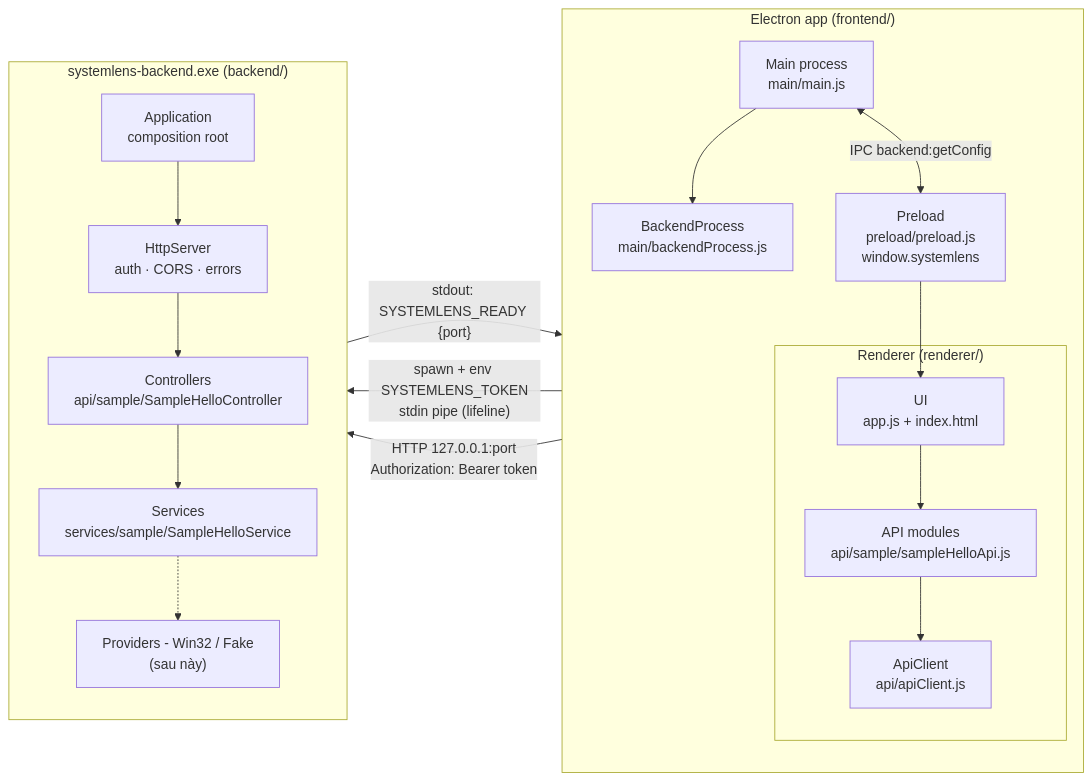
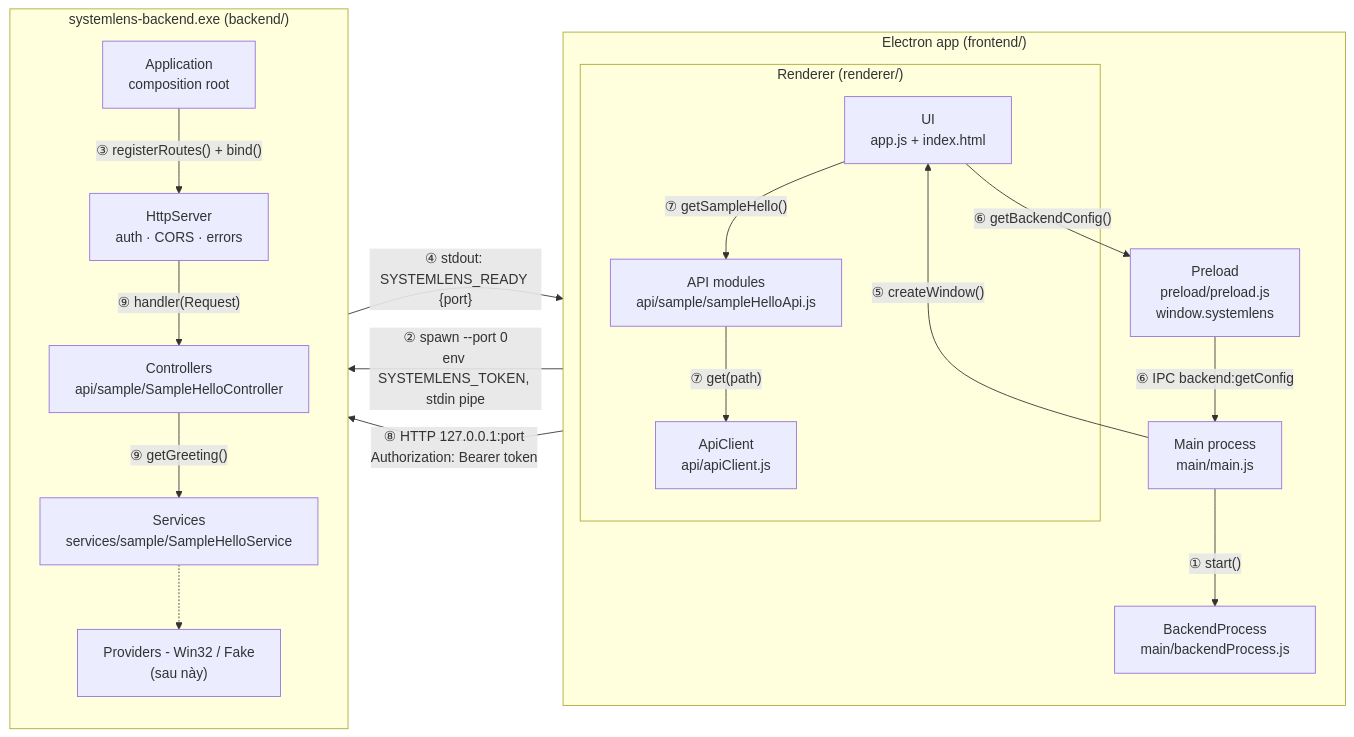
The first of 4 diagrams in docs/high-level-design.md (hoanglong1412/SystemLens), drawn with Mermaid before and after one commit. The commit also changed other lines of this file and 13 other files, not shown here.

First line of the commit message:
Add master spec, LLDs and API reference; refine HLD diagrams

````diff
--- a/docs/high-level-design.md
+++ b/docs/high-level-design.md
@@ -27,33 +31,37 @@
 ```mermaid
 flowchart LR
     subgraph Electron["Electron app (frontend/)"]
         direction TB
         Main["Main process<br/>main/main.js"]
         BP["BackendProcess<br/>main/backendProcess.js"]
         Preload["Preload<br/>preload/preload.js<br/>window.systemlens"]
         subgraph Renderer["Renderer (renderer/)"]
             UI["UI<br/>app.js + index.html"]
             ApiMods["API modules<br/>api/sample/sampleHelloApi.js"]
             Client["ApiClient<br/>api/apiClient.js"]
         end
-        Main --> BP
-        Main <-- "IPC backend:getConfig" --> Preload
-        Preload --> UI
-        UI --> ApiMods --> Client
+        Main -- "① start()" --> BP
+        Main -- "⑤ createWindow()" --> UI
+        UI -- "⑥ getBackendConfig()" --> Preload
+        Preload -- "⑥ IPC backend:getConfig" --> Main
+        UI -- "⑦ getSampleHello()" --> ApiMods
+        ApiMods -- "⑦ get(path)" --> Client
     end
 
     subgraph Backend["systemlens-backend.exe (backend/)"]
         direction TB
         App["Application<br/>composition root"]
         Server["HttpServer<br/>auth · CORS · errors"]
         Ctrl["Controllers<br/>api/sample/SampleHelloController"]
         Svc["Services<br/>services/sample/SampleHelloService"]
         Prov["Providers - Win32 / Fake<br/>(sau này)"]
-        App --> Server
-        Server --> Ctrl --> Svc -.-> Prov
+        App -- "③ registerRoutes() + bind()" --> Server
+        Server -- "⑨ handler(Request)" --> Ctrl
+        Ctrl -- "⑨ getGreeting()" --> Svc
+        Svc -.-> Prov
     end
 
-    BP -- "spawn + env SYSTEMLENS_TOKEN<br/>stdin pipe (lifeline)" --> App
-    App -- "stdout: SYSTEMLENS_READY {port}" --> BP
-    Client -- "HTTP 127.0.0.1:port<br/>Authorization: Bearer token" --> Server
+    BP -- "② spawn --port 0<br/>env SYSTEMLENS_TOKEN, stdin pipe" --> App
+    App -- "④ stdout: SYSTEMLENS_READY {port}" --> BP
+    Client -- "⑧ HTTP 127.0.0.1:port<br/>Authorization: Bearer token" --> Server
 ```
````
